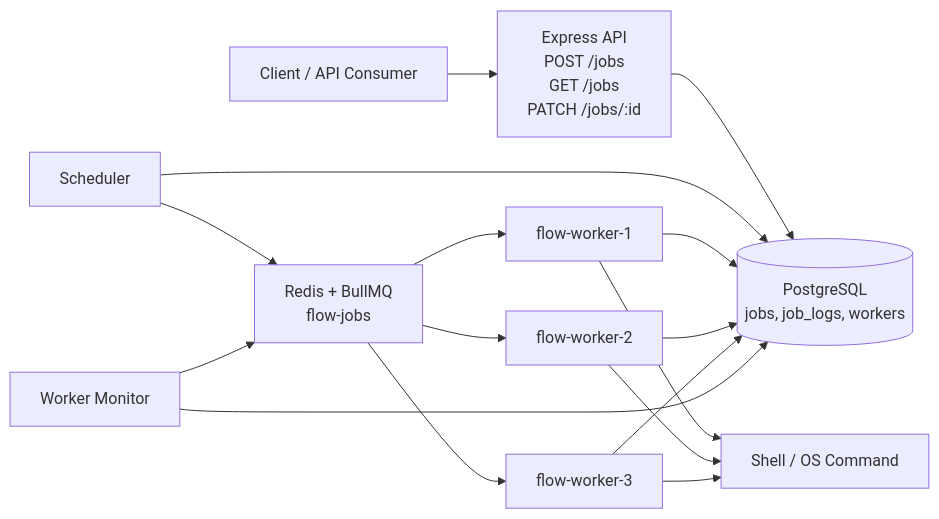
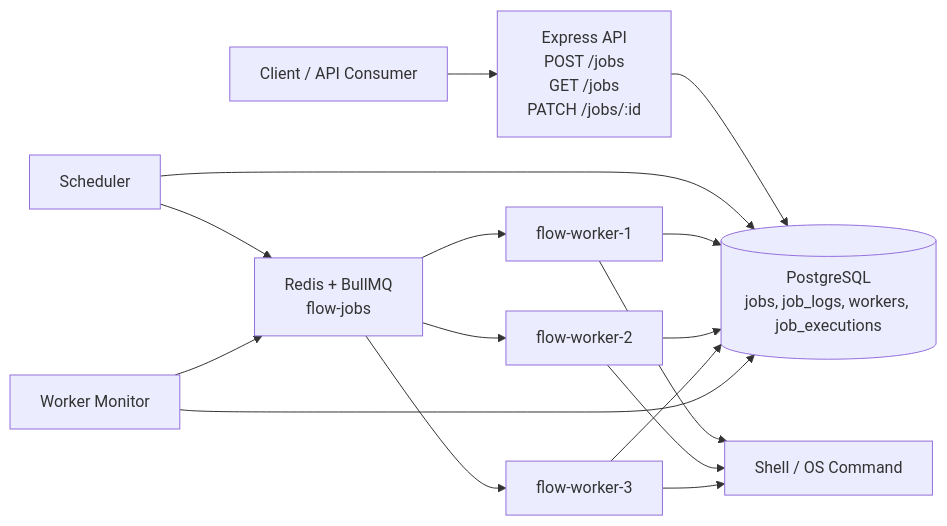
One commit to kanupriya-sharma19/FLOW changed the first of 6 diagrams in README.md. Above: the diagram before and after it, drawn with Mermaid. The commit also changed other lines of this file, not shown here.

````diff
--- a/README.md
+++ b/README.md
@@ -40,18 +41,18 @@
 ```mermaid
 flowchart LR
     Client[Client / API Consumer] --> API[Express API\nPOST /jobs\nGET /jobs\nPATCH /jobs/:id]
-    API --> PG[(PostgreSQL\njobs, job_logs, workers)]
+    API --> PG[(PostgreSQL\njobs, job_logs, workers, job_executions)]
     Scheduler --> PG
     Scheduler --> Queue[Redis + BullMQ\nflow-jobs]
     Queue --> Worker1[flow-worker-1]
     Queue --> Worker2[flow-worker-2]
     Queue --> Worker3[flow-worker-3]
     Worker1 --> OS[Shell / OS Command]
     Worker2 --> OS
     Worker3 --> OS
     Worker1 --> PG
     Worker2 --> PG
     Worker3 --> PG
     Monitor[Worker Monitor] --> PG
     Monitor --> Queue
 ```
````
